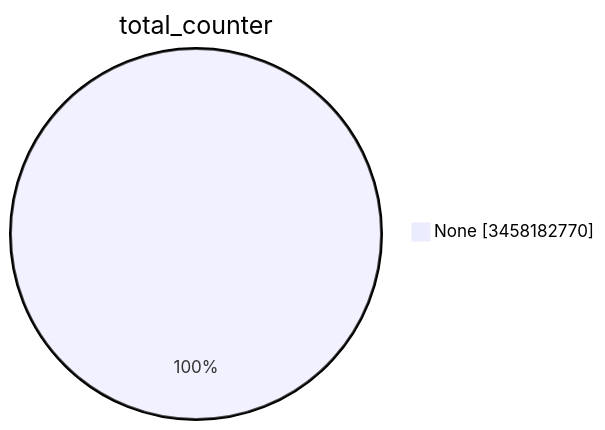
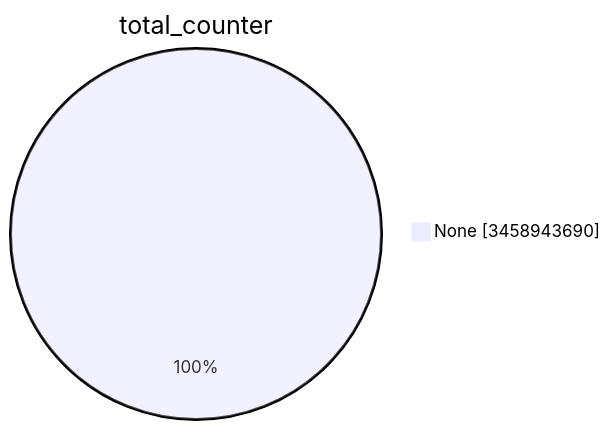
The first of 15 diagrams in TOTAL/README.md (christiankrug/ctmonitor_visualization), drawn with Mermaid before and after one commit. The commit also changed other lines of this file, not shown here.

````diff
--- a/TOTAL/README.md
+++ b/TOTAL/README.md
@@ -1,5 +1,5 @@
 ```mermaid
 pie showData
 title total_counter
-"None" :3458182770
+"None" :3458943690
 ```
````
